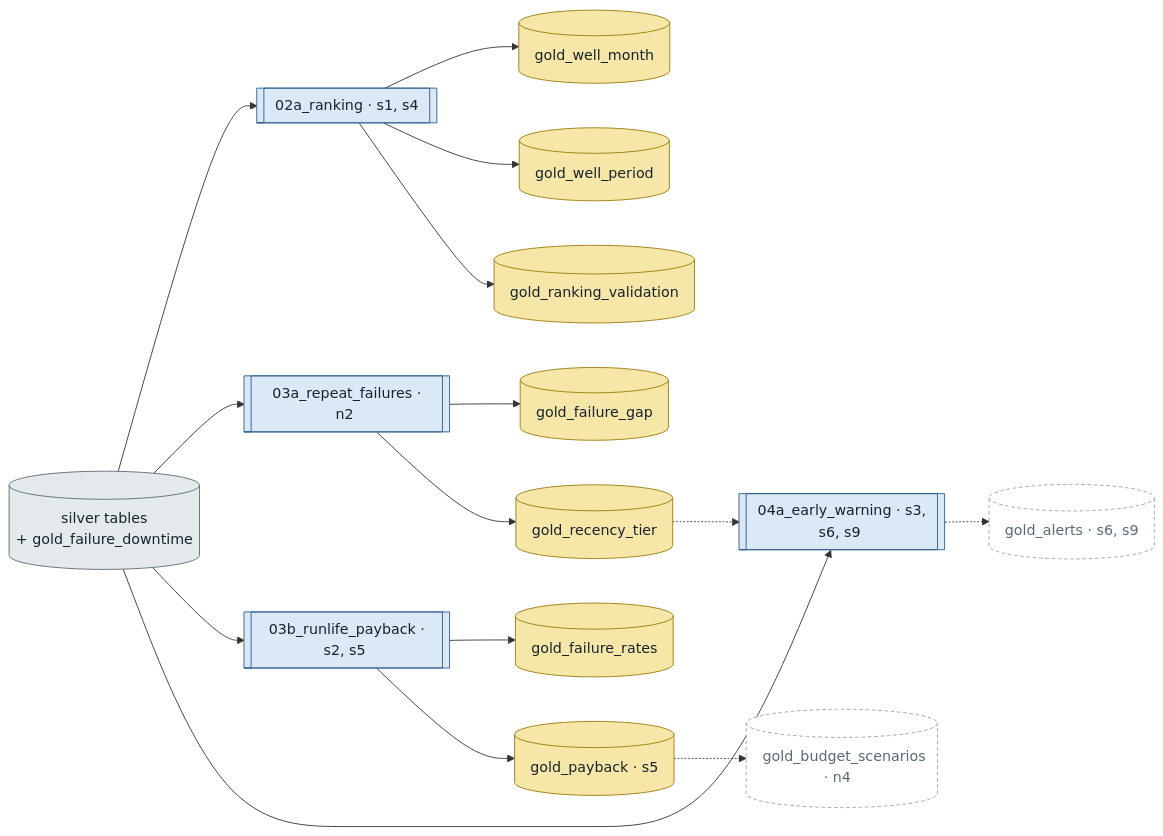
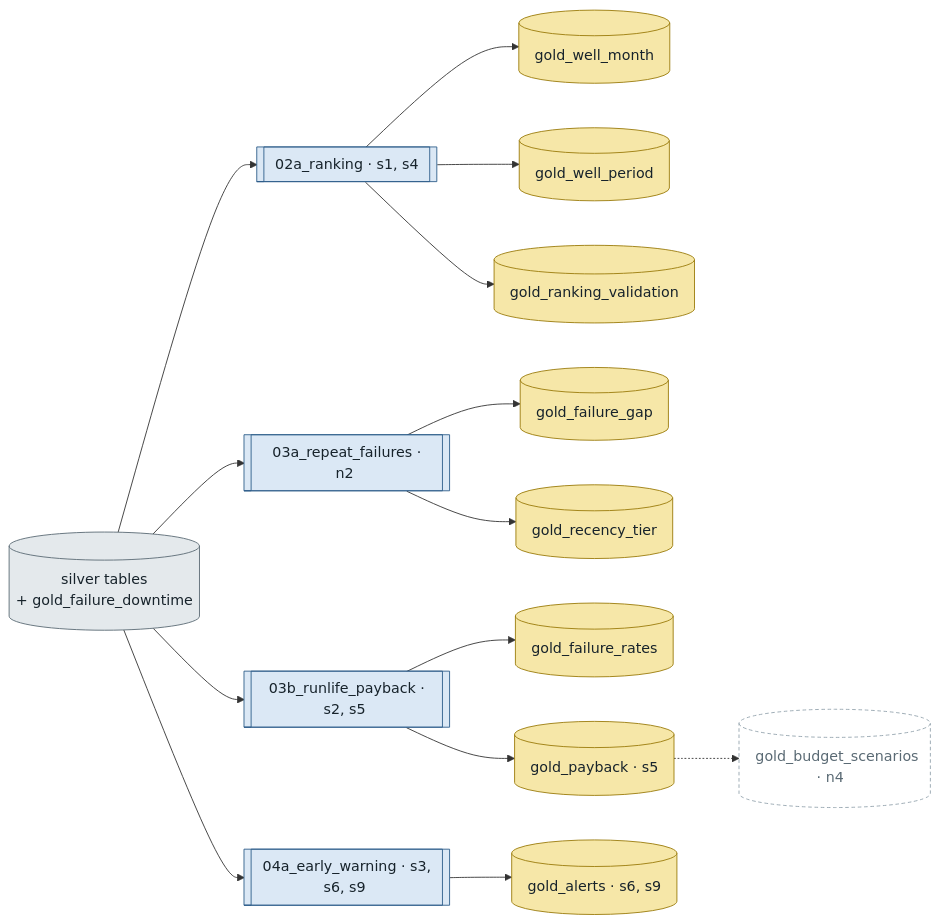
One commit to Angie629/dsmlc2026 changed the third of 4 diagrams in docs/notebooks_and_data_flow.md. Above: the diagram before and after it, drawn with Mermaid. The commit also changed other lines of this file and 2 other files, not shown here.

````diff
--- a/docs/notebooks_and_data_flow.md
+++ b/docs/notebooks_and_data_flow.md
@@ -129,31 +129,30 @@
 ```mermaid
 flowchart LR
   classDef silver fill:#e4e9ec,stroke:#5a6a74,color:#17232b
   classDef gold fill:#f6e7a8,stroke:#9a7a0a,color:#17232b
   classDef nb fill:#dbe8f5,stroke:#2c5d8a,color:#17232b
   classDef planned fill:#ffffff,stroke:#93a3ad,color:#5a6a74,stroke-dasharray: 4 3
 
   SIL[("#nbsp;#nbsp;silver tables#nbsp;#nbsp;<br>+ gold_failure_downtime")]:::silver
 
   N2[["#nbsp;02a_ranking · s1, s4#nbsp;"]]:::nb
   N3a[["#nbsp;03a_repeat_failures · n2#nbsp;"]]:::nb
   N3b[["#nbsp;03b_runlife_payback · s2, s5#nbsp;"]]:::nb
   N4[["#nbsp;04a_early_warning · s3, s6, s9#nbsp;"]]:::nb
 
   GWM[("#nbsp;#nbsp;gold_well_month#nbsp;#nbsp;")]:::gold
   GWP[("#nbsp;#nbsp;gold_well_period#nbsp;#nbsp;")]:::gold
   GRV[("#nbsp;#nbsp;gold_ranking_validation#nbsp;#nbsp;")]:::gold
   GFG[("#nbsp;#nbsp;gold_failure_gap#nbsp;#nbsp;")]:::gold
   GRT[("#nbsp;#nbsp;gold_recency_tier#nbsp;#nbsp;")]:::gold
   GFR[("#nbsp;#nbsp;gold_failure_rates#nbsp;#nbsp;")]:::gold
   GPB[("#nbsp;#nbsp;gold_payback · s5#nbsp;#nbsp;")]:::gold
   GBS[("#nbsp;#nbsp;gold_budget_scenarios · n4#nbsp;#nbsp;")]:::planned
-  GAL[("#nbsp;#nbsp;gold_alerts · s6, s9#nbsp;#nbsp;")]:::planned
+  GAL[("#nbsp;#nbsp;gold_alerts · s6, s9#nbsp;#nbsp;")]:::gold
 
   SIL --> N2 --> GWM & GWP & GRV
   SIL --> N3a --> GFG & GRT
   SIL --> N3b --> GFR
   N3b --> GPB -.-> GBS
-  SIL --> N4 -.-> GAL
-  GRT -.-> N4
+  SIL --> N4 --> GAL
 ```
````
